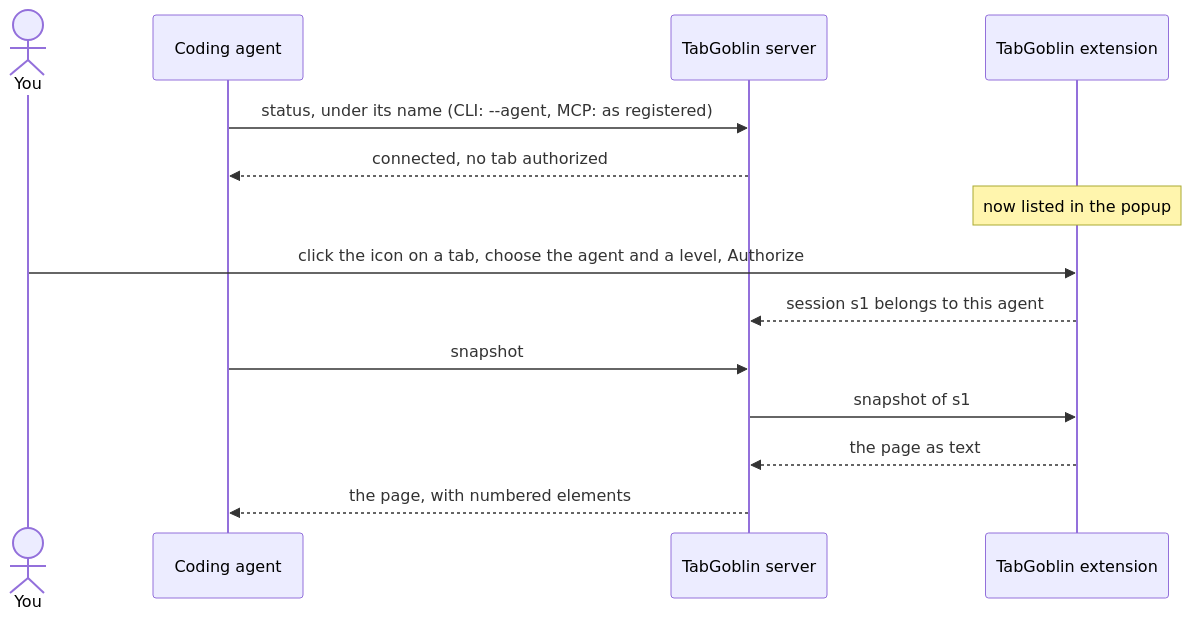
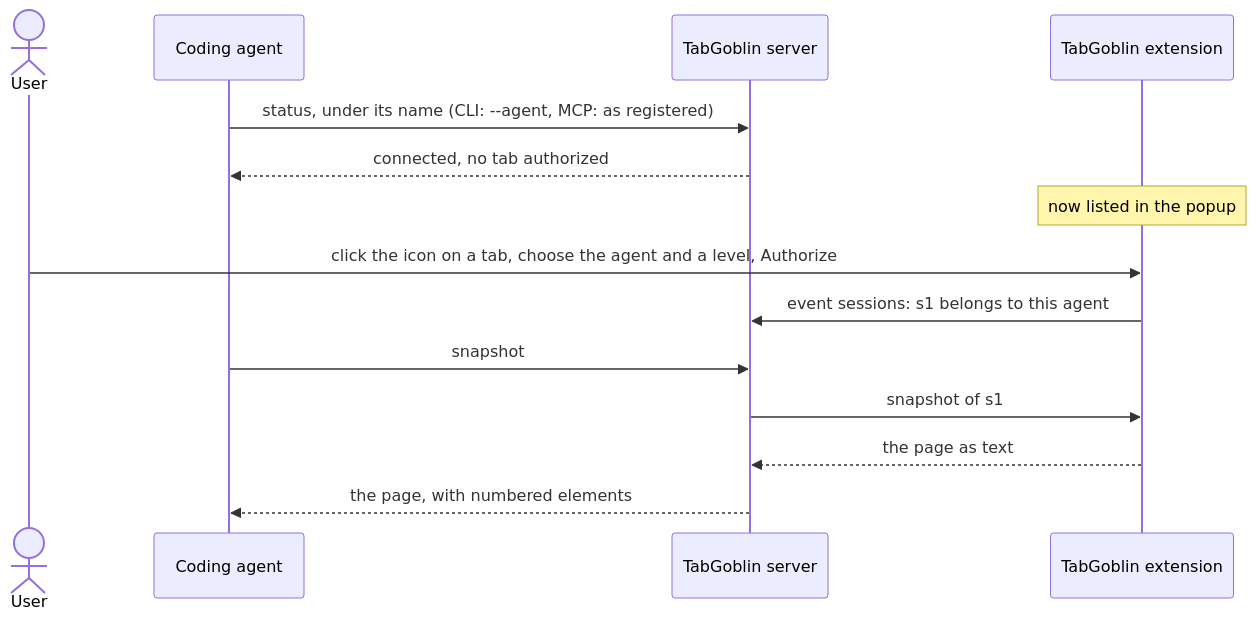
One commit to LaughingManCommits/TabGoblin changed the diagram in docs/installation.md. Above: the diagram before and after it, drawn with Mermaid. The commit also changed 13 other files, not shown here.

First line of the commit message:
The diagrams aligned with the code

````diff
--- a/docs/installation.md
+++ b/docs/installation.md
@@ -345,16 +345,16 @@
 ```mermaid
 sequenceDiagram
-  actor U as You
+  actor U as User
   participant A as Coding agent
-  participant T as TabGoblin server
+  participant S as TabGoblin server
   participant X as TabGoblin extension
-  A->>T: status, under its name (CLI: --agent, MCP: as registered)
-  T-->>A: connected, no tab authorized
+  A->>S: status, under its name (CLI: --agent, MCP: as registered)
+  S-->>A: connected, no tab authorized
   Note over X: now listed in the popup
   U->>X: click the icon on a tab, choose the agent and a level, Authorize
-  X-->>T: session s1 belongs to this agent
-  A->>T: snapshot
-  T->>X: snapshot of s1
-  X-->>T: the page as text
-  T-->>A: the page, with numbered elements
+  X->>S: event sessions: s1 belongs to this agent
+  A->>S: snapshot
+  S->>X: snapshot of s1
+  X-->>S: the page as text
+  S-->>A: the page, with numbered elements
 ```
````
